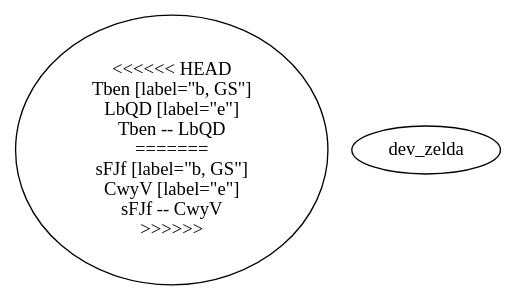
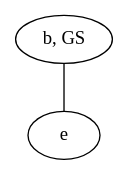
One commit to schrum2/MM-NEAT changed the diagram in data/VGLC/Zelda/rules/1/3_B.dot. Above: the diagram before and after it, drawn with Graphviz. The commit also changed 24 other files, not shown here.

```diff
--- a/data/VGLC/Zelda/rules/1/3_B.dot
+++ b/data/VGLC/Zelda/rules/1/3_B.dot
@@ -1,11 +1,5 @@
 graph {
-<<<<<<< HEAD
-Tben [label="b, GS"]
-LbQD [label="e"]
-Tben -- LbQD
-=======
-sFJf [label="b, GS"]
-CwyV [label="e"]
-sFJf -- CwyV
->>>>>>> dev_zelda
+ukFG [label="b, GS"]
+QApU [label="e"]
+ukFG -- QApU
 }
```
